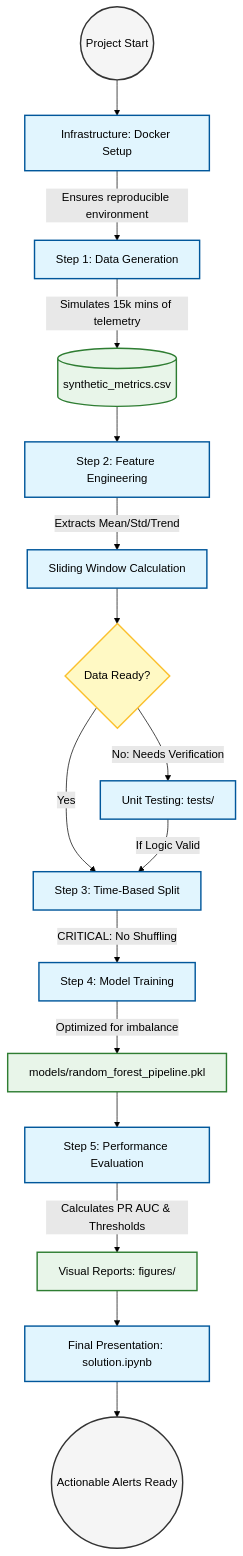
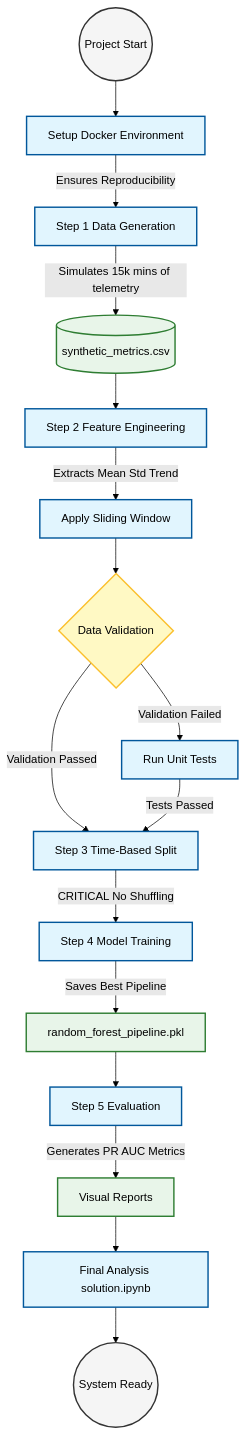
Before and after one commit to JinTonikCZ/cloud-metrics-incident-prediction: the first of 2 diagrams in README.md, drawn with Mermaid (forest theme). The commit also changed other lines of this file, not shown here.

````diff
--- a/README.md
+++ b/README.md
@@ -57,31 +22,31 @@
 ```mermaid
 flowchart TD
     %% Global Styles
     classDef start fill:#f5f5f5,stroke:#333,stroke-width:2px;
     classDef process fill:#e1f5fe,stroke:#01579b,stroke-width:2px;
     classDef logic fill:#fff9c4,stroke:#fbc02d,stroke-width:2px;
     classDef output fill:#e8f5e9,stroke:#2e7d32,stroke-width:2px;
 
-    Start((Project Start)):::start --> Docker[Infrastructure: Docker Setup]:::process
-    Docker -->|Ensures reproducible environment| Gen[Step 1: Data Generation]:::process
+    Start((Project Start)):::start --> Docker[Setup Docker Environment]:::process
+    Docker -->|Ensures Reproducibility| Gen[Step 1 Data Generation]:::process
     
     Gen -->|Simulates 15k mins of telemetry| RawData[(synthetic_metrics.csv)]:::output
     
-    RawData --> Engineering[Step 2: Feature Engineering]:::process
-    Engineering -->|Extracts Mean/Std/Trend| Windows[Sliding Window Calculation]:::process
+    RawData --> Engineering[Step 2 Feature Engineering]:::process
+    Engineering -->|Extracts Mean Std Trend| Windows[Apply Sliding Window]:::process
     
-    Windows --> Branch{Data Ready?}:::logic
-    Branch -->|Yes| Split[Step 3: Time-Based Split]:::process
-    Branch -->|No: Needs Verification| Tests[Unit Testing: tests/]:::process
+    Windows --> Branch{Data Validation}:::logic
+    Branch -->|Validation Passed| Split[Step 3 Time-Based Split]:::process
+    Branch -->|Validation Failed| Tests[Run Unit Tests]:::process
     
-    Tests -->|If Logic Valid| Split
+    Tests -->|Tests Passed| Split
     
-    Split -->|CRITICAL: No Shuffling| Training[Step 4: Model Training]:::process
-    Training -->|Optimized for imbalance| ModelFile[models/random_forest_pipeline.pkl]:::output
+    Split -->|CRITICAL No Shuffling| Training[Step 4 Model Training]:::process
+    Training -->|Saves Best Pipeline| ModelFile[random_forest_pipeline.pkl]:::output
     
-    ModelFile --> Eval[Step 5: Performance Evaluation]:::process
-    Eval -->|Calculates PR AUC & Thresholds| Plots[Visual Reports: figures/]:::output
+    ModelFile --> Eval[Step 5 Evaluation]:::process
+    Eval -->|Generates PR AUC Metrics| Plots[Visual Reports]:::output
     
-    Plots --> Notebook[Final Presentation: solution.ipynb]:::process
-    Notebook --> End((Actionable Alerts Ready)):::start
+    Plots --> Notebook[Final Analysis solution.ipynb]:::process
+    Notebook --> End((System Ready)):::start
 ```
````
